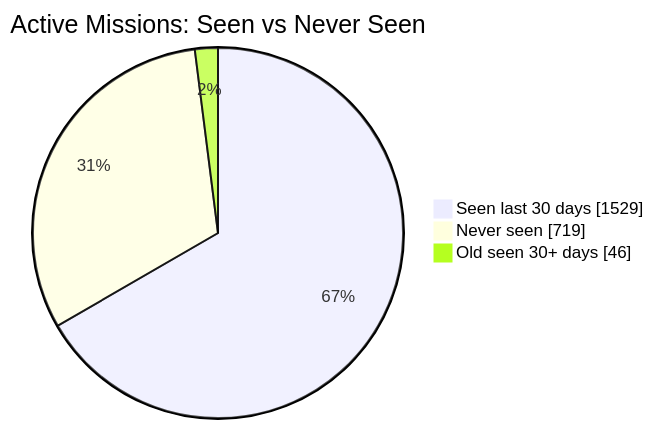
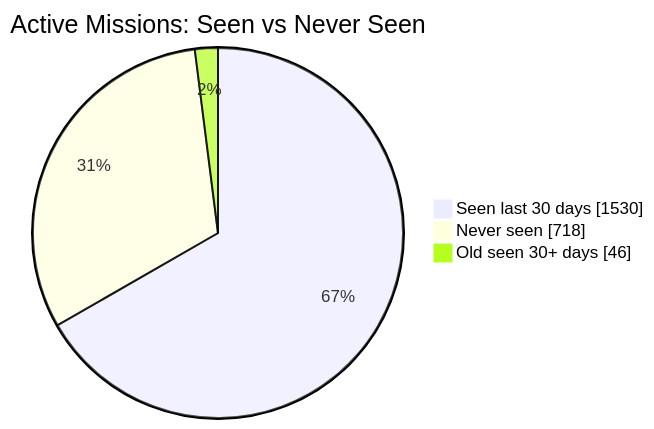
One commit to MeldkamerspelGameTeam/active-missions changed the first of 2 diagrams in README.md. Above: the diagram before and after it, drawn with Mermaid. The commit also changed other lines of this file and 3 other files, not shown here.

````diff
--- a/README.md
+++ b/README.md
@@ -34,7 +34,7 @@
 ```mermaid
 pie showData
     title Active Missions: Seen vs Never Seen
-    "Seen last 30 days" : 1529
-    "Never seen" : 719
+    "Seen last 30 days" : 1530
+    "Never seen" : 718
     "Old seen 30+ days" : 46
 ```
````
